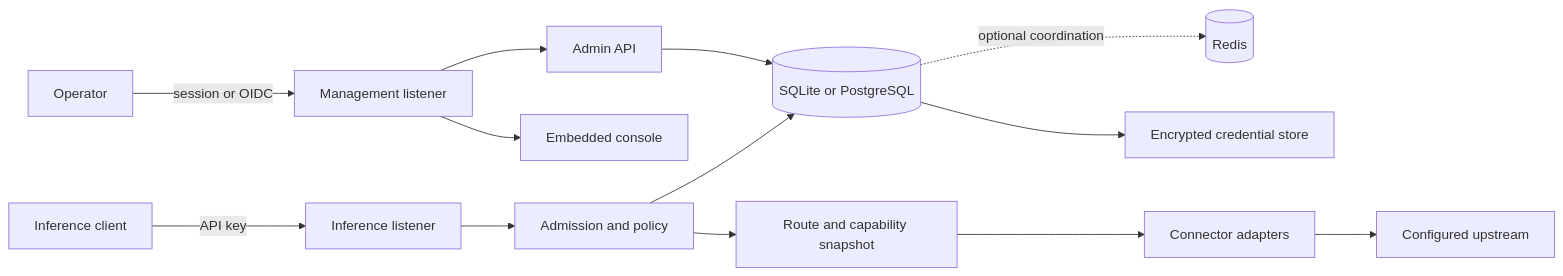
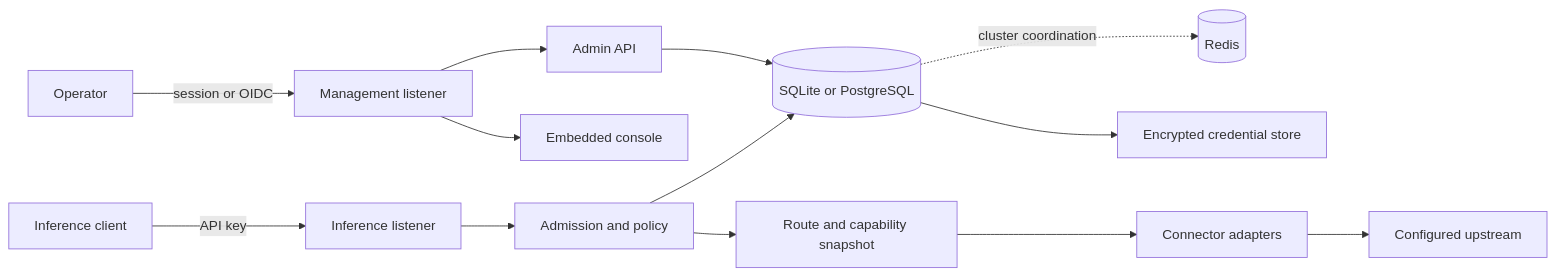
One commit to openhoo/hoorific changed the diagram in README.md. Above: the diagram before and after it, drawn with Mermaid. The commit also changed other lines of this file and 23 other files, not shown here.

````diff
--- a/README.md
+++ b/README.md
@@ -61,15 +61,15 @@
 ```mermaid
 flowchart LR
     Client[Inference client] -->|API key| Inference[Inference listener]
     Operator[Operator] -->|session or OIDC| Management[Management listener]
     Management --> Console[Embedded console]
     Management --> Admin[Admin API]
     Inference --> Admission[Admission and policy]
     Admission --> Routing[Route and capability snapshot]
     Routing --> Connectors[Connector adapters]
     Connectors --> Upstream[Configured upstream]
     Admin --> Store[(SQLite or PostgreSQL)]
     Admission --> Store
     Store --> Credentials[Encrypted credential store]
-    Store -. optional coordination .-> Redis[(Redis)]
+    Store -. cluster coordination .-> Redis[(Redis)]
 ```
````
